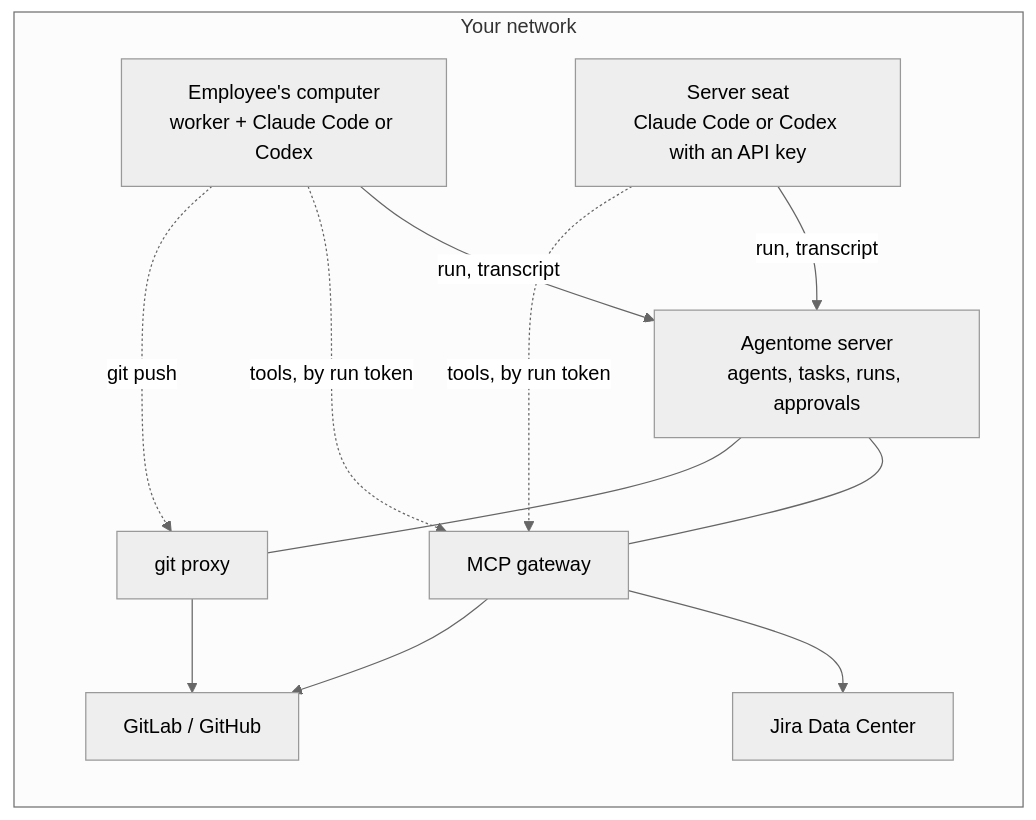
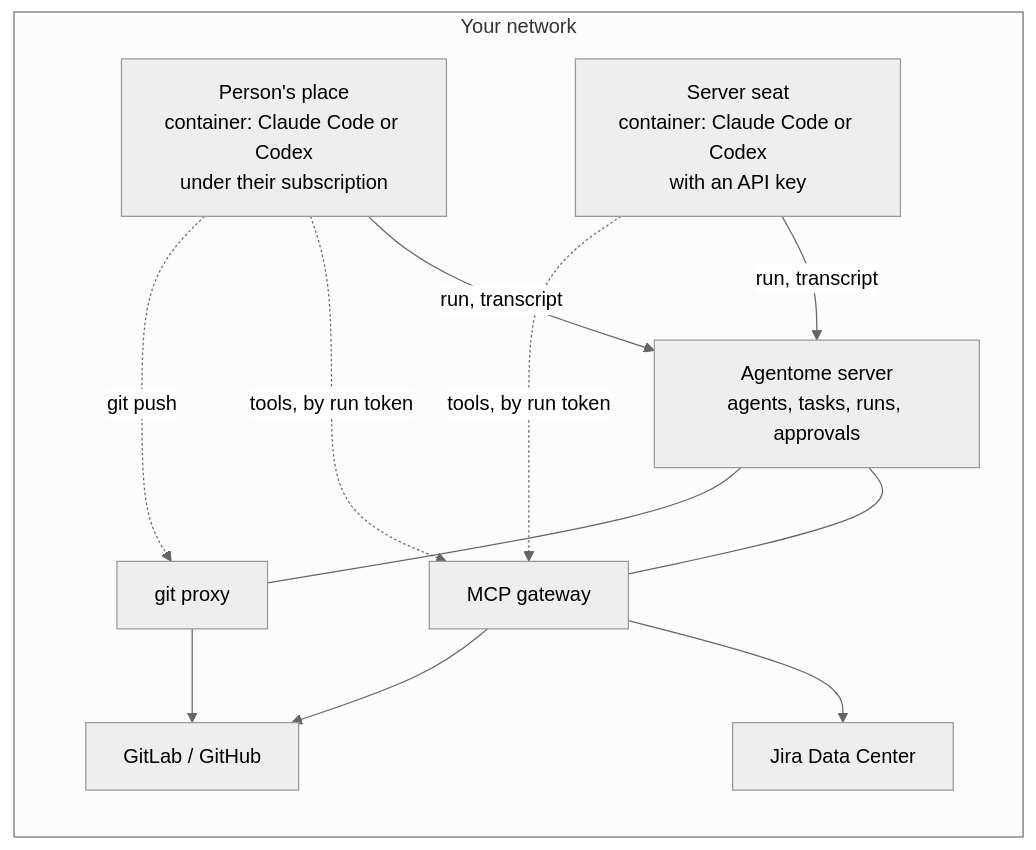
The diagram in README.md (agentome-ai/agentome), drawn with Mermaid (neutral theme) before and after one commit. The commit also changed other lines of this file and 126 other files, not shown here.

````diff
--- a/README.md
+++ b/README.md
@@ -76,22 +82,22 @@
 ```mermaid
 flowchart LR
   subgraph Company["Your network"]
     S["Agentome server<br/>agents, tasks, runs, approvals"]
     G["MCP gateway"]
     P["git proxy"]
     S --- G
     S --- P
-    L["Employee's computer<br/>worker + Claude Code or Codex"]
-    V["Server seat<br/>Claude Code or Codex with an API key"]
+    L["Person's place<br/>container: Claude Code or Codex<br/>under their subscription"]
+    V["Server seat<br/>container: Claude Code or Codex<br/>with an API key"]
     J["Jira Data Center"]
     H["GitLab / GitHub"]
   end
   L -- "run, transcript" --> S
   V -- "run, transcript" --> S
   L -. "tools, by run token" .-> G
   V -. "tools, by run token" .-> G
   L -. "git push" .-> P
   G --> J
   G --> H
   P --> H
 ```
````
